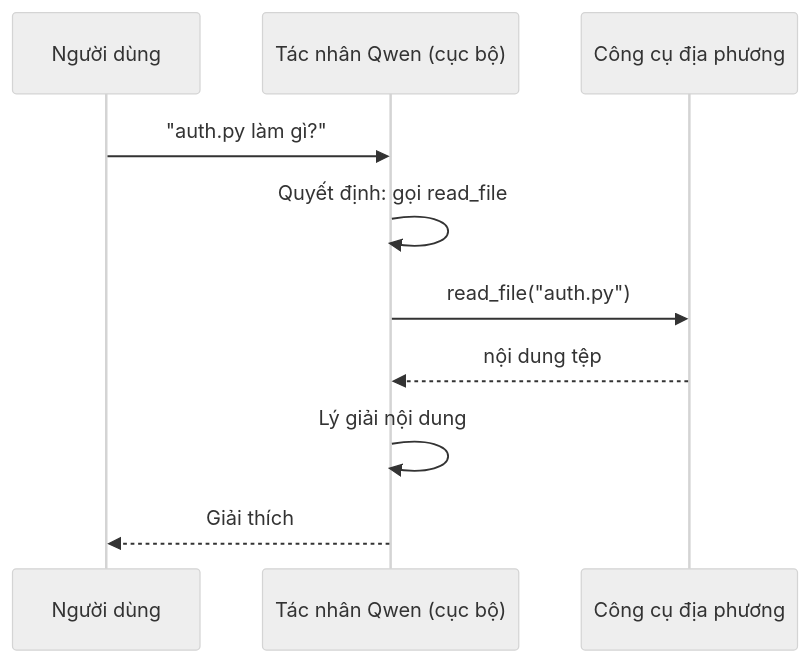
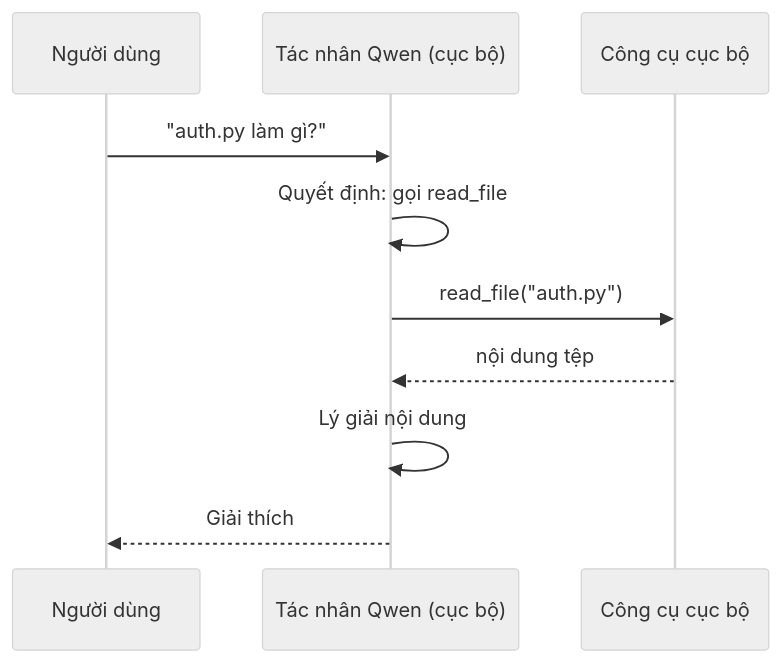
Before and after one commit to microsoft/ai-agents-for-beginners: the second of 4 diagrams in translations/vi/17-creating-local-ai-agents/README.md, drawn with Mermaid (neutral theme). The commit also changed other lines of this file and 47 other files, not shown here.

````diff
--- a/translations/vi/17-creating-local-ai-agents/README.md
+++ b/translations/vi/17-creating-local-ai-agents/README.md
@@ -106,12 +106,12 @@
 ```mermaid
 sequenceDiagram
     participant U as Người dùng
     participant A as Tác nhân Qwen (cục bộ)
-    participant T as Công cụ địa phương
+    participant T as Công cụ cục bộ
     U->>A: "auth.py làm gì?"
     A->>A: Quyết định: gọi read_file
     A->>T: read_file("auth.py")
     T-->>A: nội dung tệp
     A->>A: Lý giải nội dung
     A-->>U: Giải thích
 ```
````
